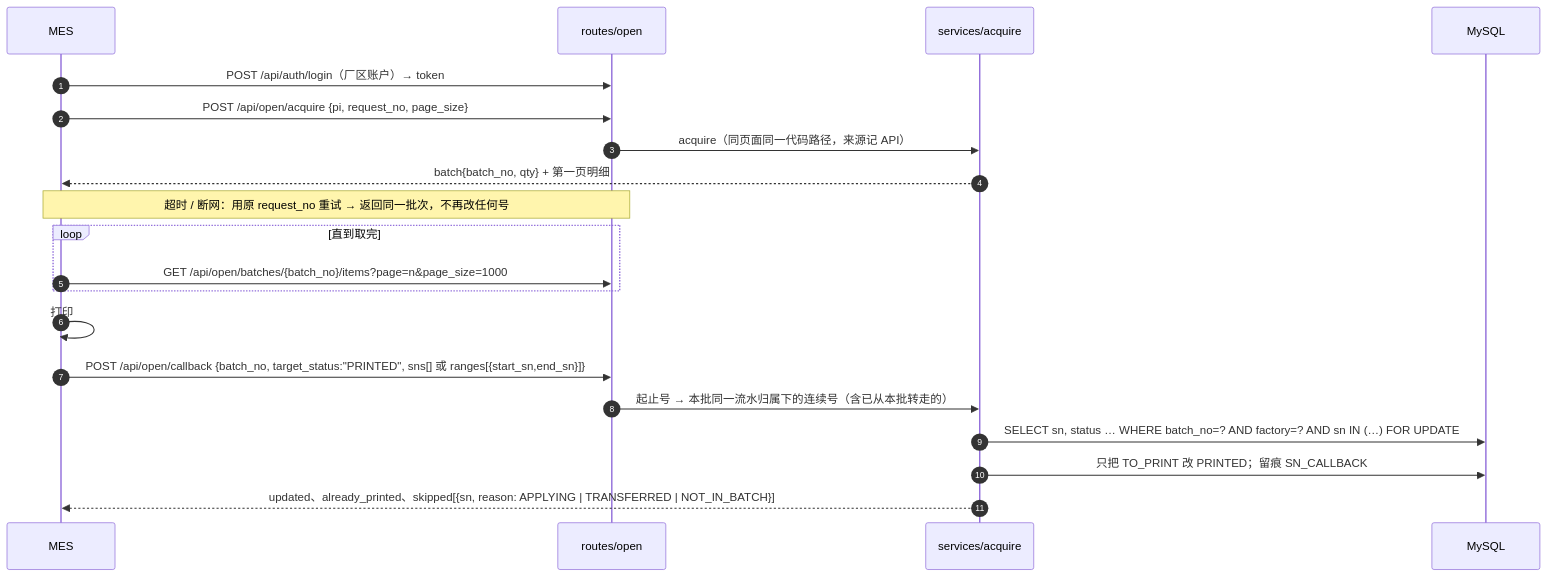
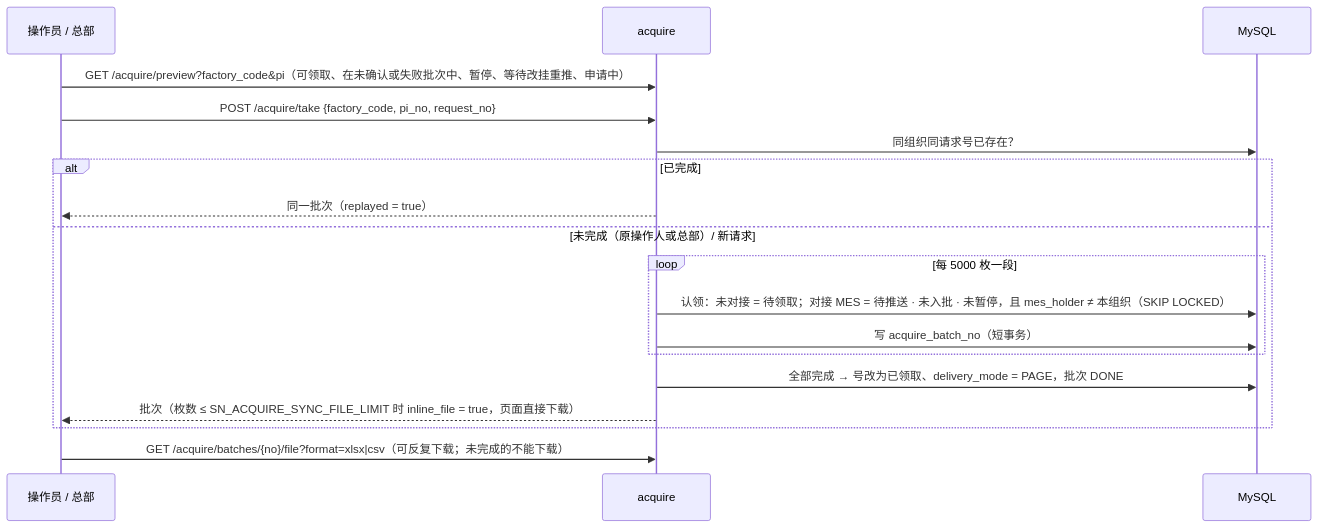
Diagram 12 of 14 in docs/技术文档.md (Createsnow/sn-center), drawn with Mermaid before and after one commit. The commit also changed other lines of this file and 83 other files, not shown here.

````diff
--- a/docs/技术文档.md
+++ b/docs/技术文档.md
@@ -395,22 +488,20 @@
 ```mermaid
 sequenceDiagram
-    autonumber
-    participant M as MES
-    participant O as routes/open
-    participant S as services/acquire
+    participant U as 操作员 / 总部
+    participant A as acquire
     participant DB as MySQL
-    M->>O: POST /api/auth/login（厂区账户）→ token
-    M->>O: POST /api/open/acquire {pi, request_no, page_size}
-    O->>S: acquire（同页面同一代码路径，来源记 API）
-    S-->>M: batch{batch_no, qty} + 第一页明细
-    Note over M,O: 超时 / 断网：用原 request_no 重试 → 返回同一批次，不再改任何号
-    loop 直到取完
-        M->>O: GET /api/open/batches/{batch_no}/items?page=n&page_size=1000
+    U->>A: GET /acquire/preview?factory_code&pi（可领取、在未确认或失败批次中、暂停、等待改挂重推、申请中）
+    U->>A: POST /acquire/take {factory_code, pi_no, request_no}
+    A->>DB: 同组织同请求号已存在？
+    alt 已完成
+        A-->>U: 同一批次（replayed = true）
+    else 未完成（原操作人或总部）/ 新请求
+        loop 每 5000 枚一段
+            A->>DB: 认领：未对接 = 待领取；对接 MES = 待推送 · 未入批 · 未暂停，且 mes_holder ≠ 本组织（SKIP LOCKED）
+            A->>DB: 写 acquire_batch_no（短事务）
+        end
+        A->>DB: 全部完成 → 号改为已领取、delivery_mode = PAGE，批次 DONE
+        A-->>U: 批次（枚数 ≤ SN_ACQUIRE_SYNC_FILE_LIMIT 时 inline_file = true，页面直接下载）
     end
-    M->>M: 打印
-    M->>O: POST /api/open/callback {batch_no, target_status:"PRINTED", sns[] 或 ranges[{start_sn,end_sn}]}
-    O->>S: 起止号 → 本批同一流水归属下的连续号（含已从本批转走的）
-    S->>DB: SELECT sn, status … WHERE batch_no=? AND factory=? AND sn IN (…) FOR UPDATE
-    S->>DB: 只把 TO_PRINT 改 PRINTED；留痕 SN_CALLBACK
-    S-->>M: updated、already_printed、skipped[{sn, reason: APPLYING | TRANSFERRED | NOT_IN_BATCH}]
+    U->>A: GET /acquire/batches/{no}/file?format=xlsx|csv（可反复下载；未完成的不能下载）
 ```
````
